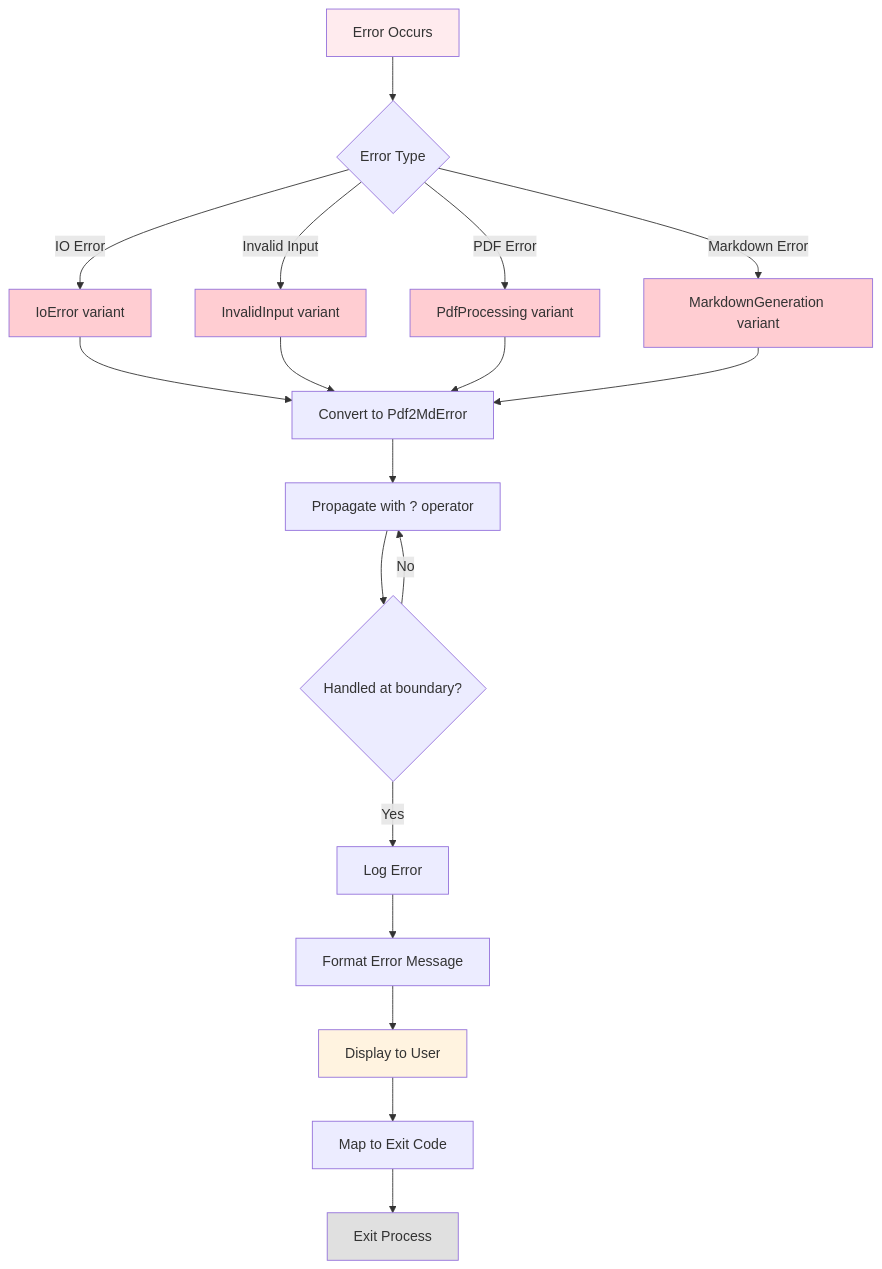
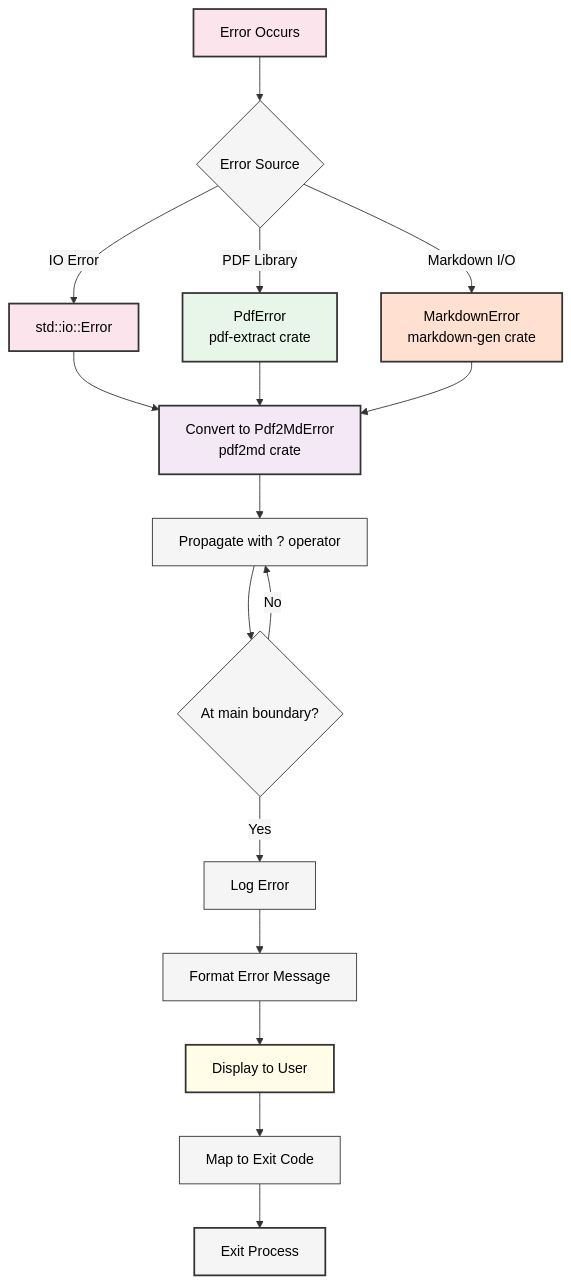
One commit to softwarewrighter/pdf2md changed the sixth of 8 diagrams in wiki/Architecture-Diagrams.md. Above: the diagram before and after it, drawn with Mermaid. The commit also changed other lines of this file and 12 other files, not shown here.

First line of the commit message:
docs: update wiki and docs for workspace architecture

````diff
--- a/wiki/Architecture-Diagrams.md
+++ b/wiki/Architecture-Diagrams.md
@@ -257,30 +299,29 @@
 ```mermaid
+%%{init: {'theme':'base', 'themeVariables': {'primaryColor':'#f5f5f5','primaryTextColor':'#000','primaryBorderColor':'#333','lineColor':'#333','secondaryColor':'#f5f5f5','tertiaryColor':'#f5f5f5'}}}%%
 flowchart TB
-    A[Error Occurs] --> B{Error Type}
-    B -->|IO Error| C[IoError variant]
-    B -->|Invalid Input| D[InvalidInput variant]
-    B -->|PDF Error| E[PdfProcessing variant]
-    B -->|Markdown Error| F[MarkdownGeneration variant]
+    A[Error Occurs] --> B{Error Source}
+    B -->|IO Error| C[std::io::Error]
+    B -->|PDF Library| D[PdfError<br/>pdf-extract crate]
+    B -->|Markdown I/O| E[MarkdownError<br/>markdown-gen crate]
 
-    C --> G[Convert to Pdf2MdError]
-    D --> G
-    E --> G
-    F --> G
+    C --> F[Convert to Pdf2MdError<br/>pdf2md crate]
+    D --> F
+    E --> F
 
-    G --> H[Propagate with ? operator]
-    H --> I{Handled at boundary?}
-    I -->|Yes| J[Log Error]
-    I -->|No| H
-    J --> K[Format Error Message]
-    K --> L[Display to User]
-    L --> M[Map to Exit Code]
-    M --> N[Exit Process]
+    F --> G[Propagate with ? operator]
+    G --> H{At main boundary?}
+    H -->|No| G
+    H -->|Yes| I[Log Error]
+    I --> J[Format Error Message]
+    J --> K[Display to User]
+    K --> L[Map to Exit Code]
+    L --> M[Exit Process]
 
-    style A fill:#ffebee
-    style C fill:#ffcdd2
-    style D fill:#ffcdd2
-    style E fill:#ffcdd2
-    style F fill:#ffcdd2
-    style L fill:#fff3e0
-    style N fill:#e0e0e0
+    style A fill:#fce4ec,stroke:#333,stroke-width:2px,color:#000
+    style C fill:#fce4ec,stroke:#333,stroke-width:2px,color:#000
+    style D fill:#e8f5e9,stroke:#333,stroke-width:2px,color:#000
+    style E fill:#ffe0d1,stroke:#333,stroke-width:2px,color:#000
+    style F fill:#f4e8f7,stroke:#333,stroke-width:2px,color:#000
+    style K fill:#fffde7,stroke:#333,stroke-width:2px,color:#000
+    style M fill:#f5f5f5,stroke:#333,stroke-width:2px,color:#000
 ```
````
